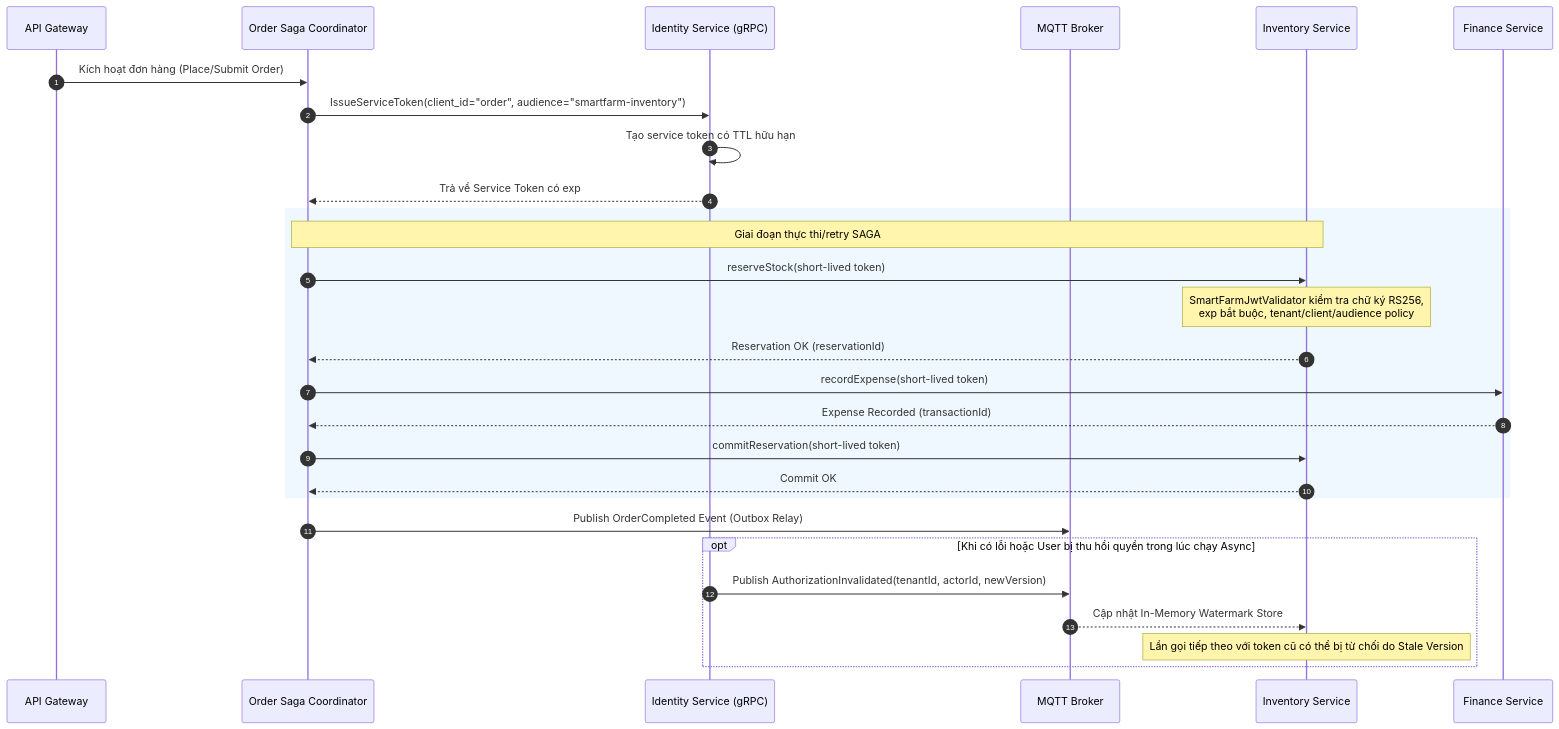
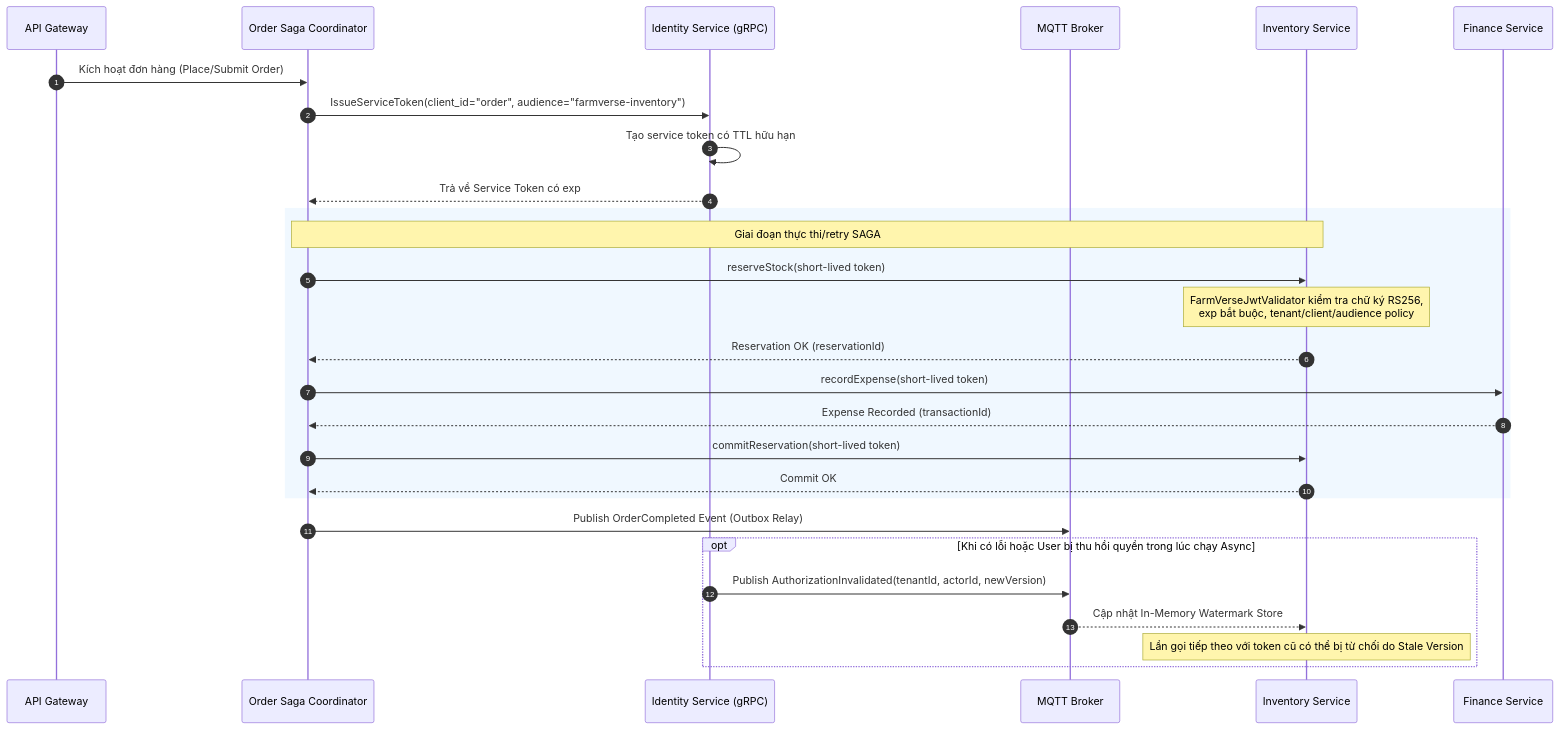
One commit to hatrongvu13/smartfarm-platform-maven-starter changed the third of 3 diagrams in docs/security/security-architecture.md. Above: the diagram before and after it, drawn with Mermaid. The commit also changed other lines of this file and 1490 other files, not shown here.

First line of the commit message:
chore: FarmVerse level 0 - rename and prune

````diff
--- a/docs/security/security-architecture.md
+++ b/docs/security/security-architecture.md
@@ -93,36 +93,36 @@
 ```mermaid
 sequenceDiagram
     autonumber
     participant GW as API Gateway
     participant TX as Order Saga Coordinator
     participant ID as Identity Service (gRPC)
     participant MQTT as MQTT Broker
     participant INV as Inventory Service
     participant FIN as Finance Service
 
     GW->>TX: Kích hoạt đơn hàng (Place/Submit Order)
-    TX->>ID: IssueServiceToken(client_id="order", audience="smartfarm-inventory")
+    TX->>ID: IssueServiceToken(client_id="order", audience="farmverse-inventory")
     ID->>ID: Tạo service token có TTL hữu hạn
     ID-->>TX: Trả về Service Token có exp
 
     rect rgb(240, 248, 255)
         Note over TX,INV: Giai đoạn thực thi/retry SAGA
         TX->>INV: reserveStock(short-lived token)
-        Note over INV: SmartFarmJwtValidator kiểm tra chữ ký RS256,<br/>exp bắt buộc, tenant/client/audience policy
+        Note over INV: FarmVerseJwtValidator kiểm tra chữ ký RS256,<br/>exp bắt buộc, tenant/client/audience policy
         INV-->>TX: Reservation OK (reservationId)
 
         TX->>FIN: recordExpense(short-lived token)
         FIN-->>TX: Expense Recorded (transactionId)
 
         TX->>INV: commitReservation(short-lived token)
         INV-->>TX: Commit OK
     end
 
     TX->>MQTT: Publish OrderCompleted Event (Outbox Relay)
     
     opt Khi có lỗi hoặc User bị thu hồi quyền trong lúc chạy Async
         ID->>MQTT: Publish AuthorizationInvalidated(tenantId, actorId, newVersion)
         MQTT-->>INV: Cập nhật In-Memory Watermark Store
         Note over INV: Lần gọi tiếp theo với token cũ có thể bị từ chối do Stale Version
     end
 ```
````
